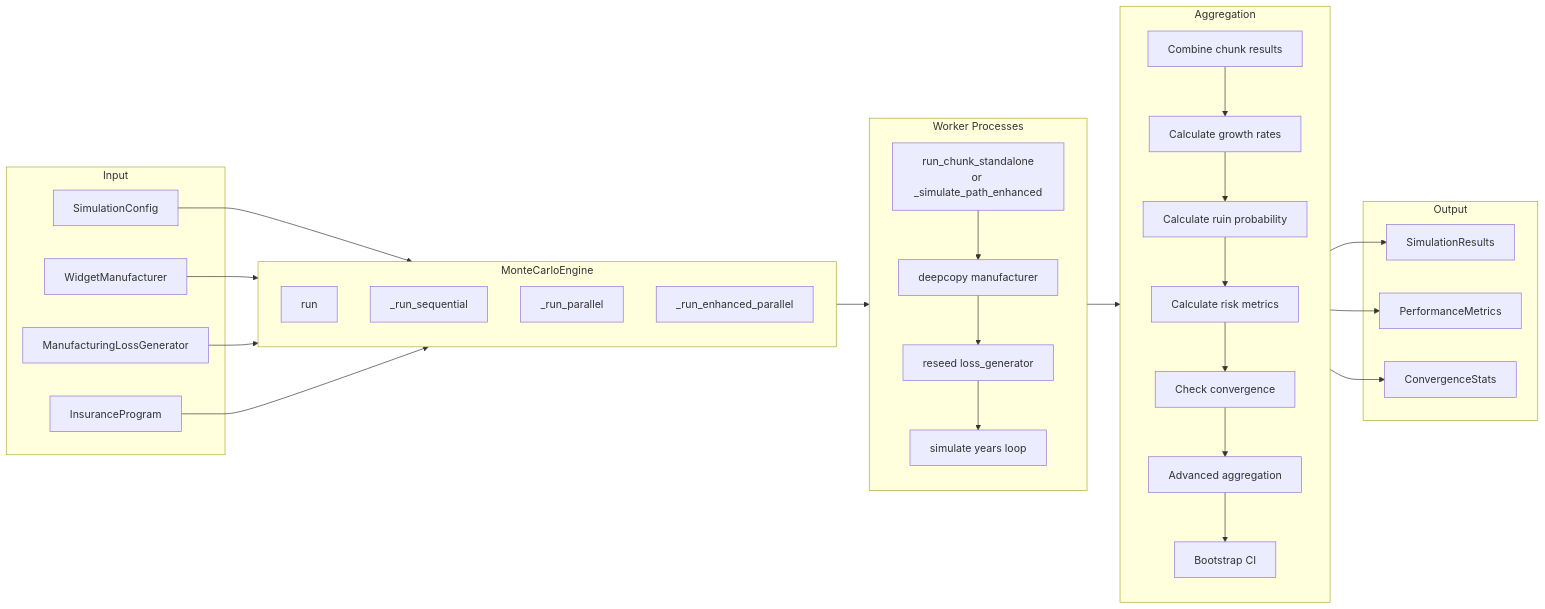
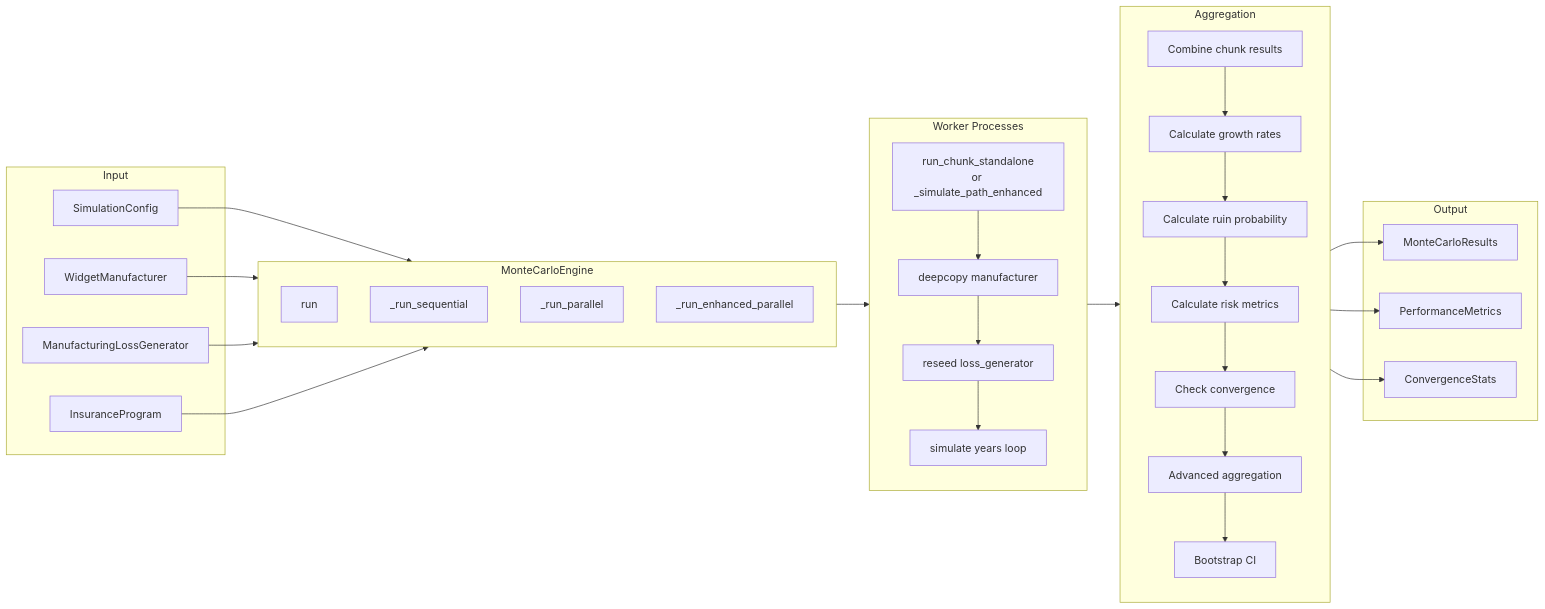
Before and after one commit to AlexFiliakov/Ergodic-Insurance-Limits: the eighth of 8 diagrams in ergodic_insurance/docs/architecture/monte_carlo_architecture.md, drawn with Mermaid. The commit also changed other lines of this file and 105 other files, not shown here.

First line of the commit message:
feat!: API cleanup — rename SimulationResults, deprecate InsurancePolicy, and fix validation (#579)

````diff
--- a/ergodic_insurance/docs/architecture/monte_carlo_architecture.md
+++ b/ergodic_insurance/docs/architecture/monte_carlo_architecture.md
@@ -584,55 +584,55 @@
 ```{mermaid}
 flowchart LR
     subgraph Input
         SC[SimulationConfig]
         MFG[WidgetManufacturer]
         LG[ManufacturingLossGenerator]
         IP[InsuranceProgram]
     end
 
     subgraph Engine["MonteCarloEngine"]
         direction TB
         RUN[run]
         SEQ[_run_sequential]
         PAR[_run_parallel]
         ENH[_run_enhanced_parallel]
     end
 
     subgraph Workers["Worker Processes"]
         direction TB
         W1[run_chunk_standalone<br>or _simulate_path_enhanced]
         W2[deepcopy manufacturer]
         W3[reseed loss_generator]
         W4[simulate years loop]
         W1 --> W2 --> W3 --> W4
     end
 
     subgraph Aggregation
         direction TB
         COMB[Combine chunk results]
         GROW[Calculate growth rates]
         RUIN[Calculate ruin probability]
         METR[Calculate risk metrics]
         CONV[Check convergence]
         ADV[Advanced aggregation]
         BOOT[Bootstrap CI]
         COMB --> GROW --> RUIN --> METR --> CONV --> ADV --> BOOT
     end
 
     subgraph Output
-        SR[SimulationResults]
+        SR[MonteCarloResults]
         PM[PerformanceMetrics]
         CS[ConvergenceStats]
     end
 
     SC --> Engine
     MFG --> Engine
     LG --> Engine
     IP --> Engine
 
     Engine --> Workers
     Workers --> Aggregation
     Aggregation --> SR
     Aggregation --> PM
     Aggregation --> CS
 ```
````
